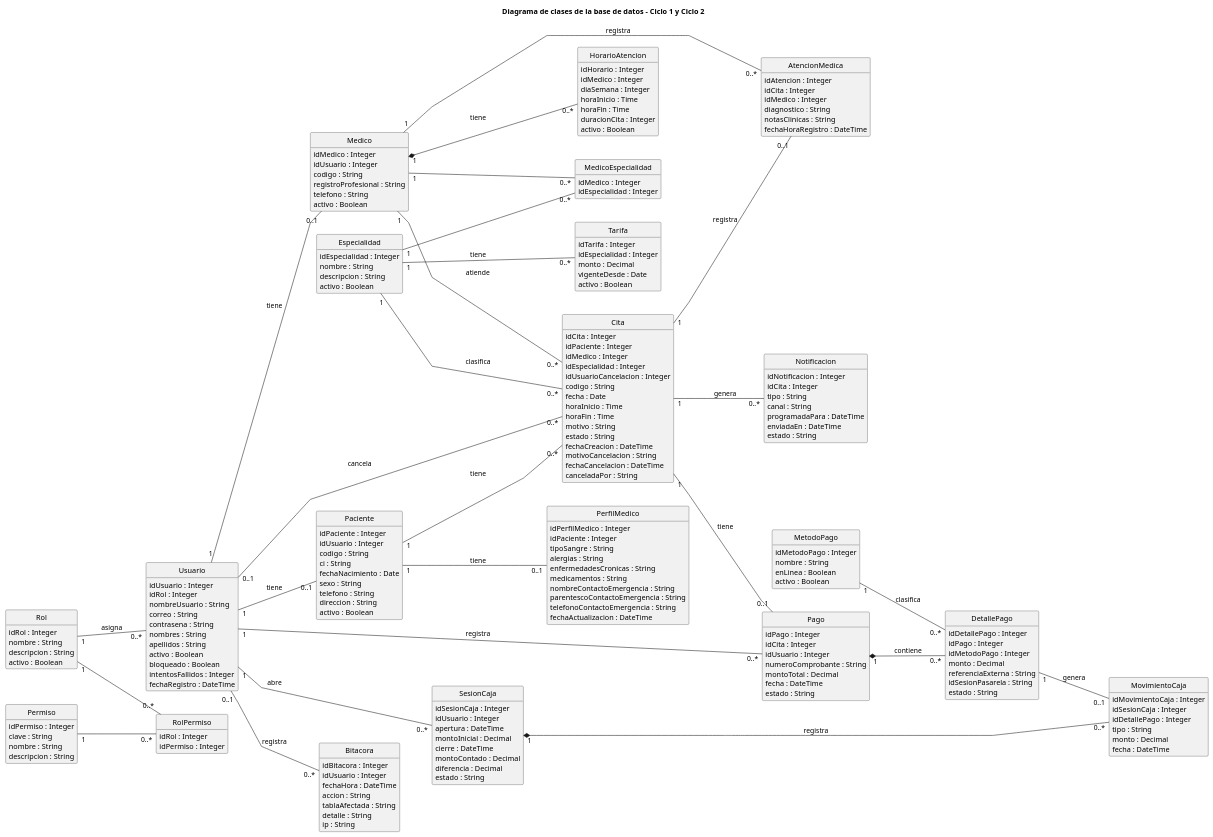
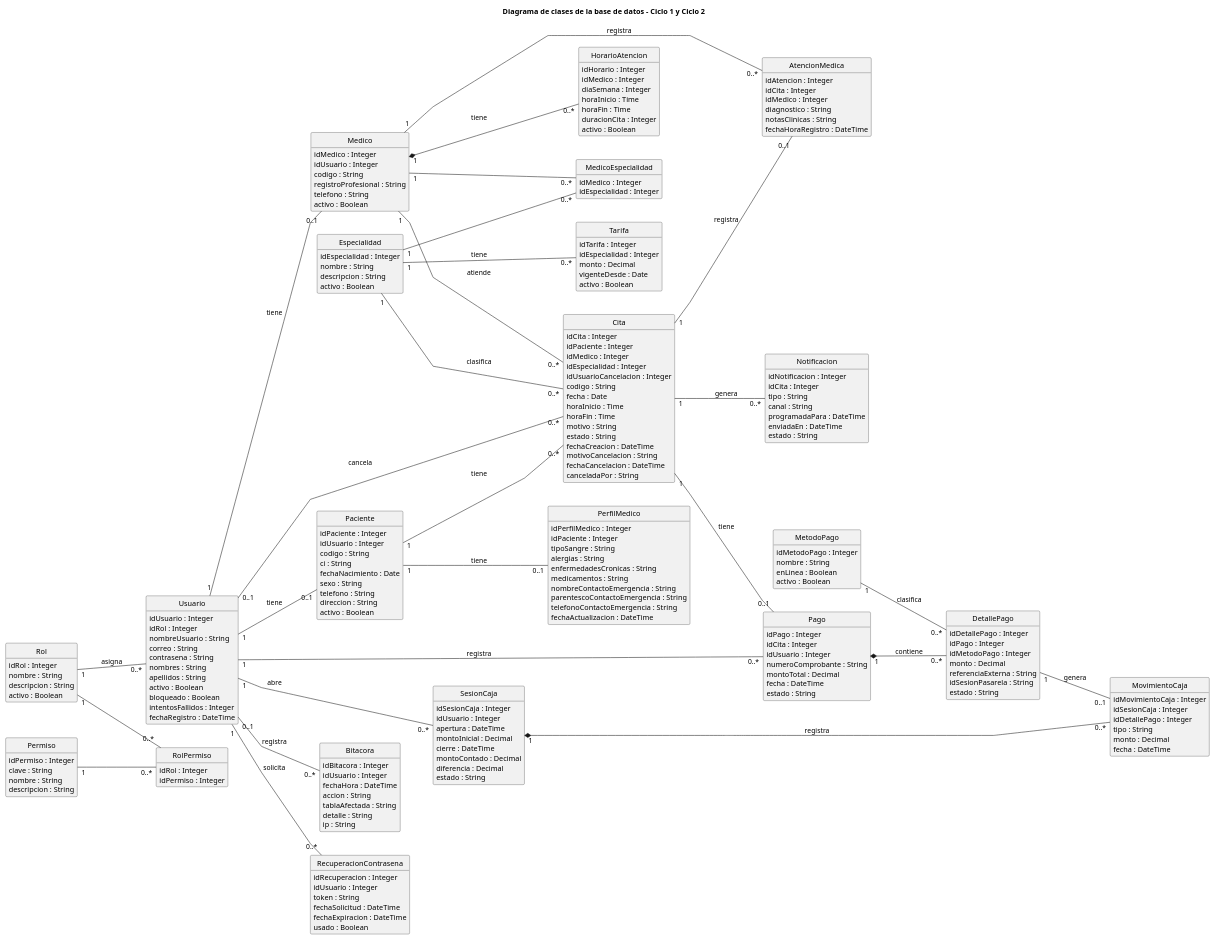
Before and after one commit to jherargm412-dev/clinica-vida-salud: the diagram in docs/base_de_datos/clases_bd_completo.puml, drawn with PlantUML. The commit also changed 20 other files, not shown here.

```diff
--- a/docs/base_de_datos/clases_bd_completo.puml
+++ b/docs/base_de_datos/clases_bd_completo.puml
@@ -84,6 +84,15 @@
   tablaAfectada : String
   detalle : String
   ip : String
+}
+
+class RecuperacionContrasena {
+  idRecuperacion : Integer
+  idUsuario : Integer
+  token : String
+  fechaSolicitud : DateTime
+  fechaExpiracion : DateTime
+  usado : Boolean
 }
 
 class Especialidad {
@@ -207,6 +216,7 @@
 Usuario "1" -- "0..1" Medico : tiene
 Usuario "1" -- "0..1" Paciente : tiene
 Usuario "0..1" -- "0..*" Bitacora : registra
+Usuario "1" -- "0..*" RecuperacionContrasena : solicita
 Usuario "0..1" -- "0..*" Cita : cancela
 Usuario "1" -- "0..*" Pago : registra
 Usuario "1" -- "0..*" SesionCaja : abre
```
